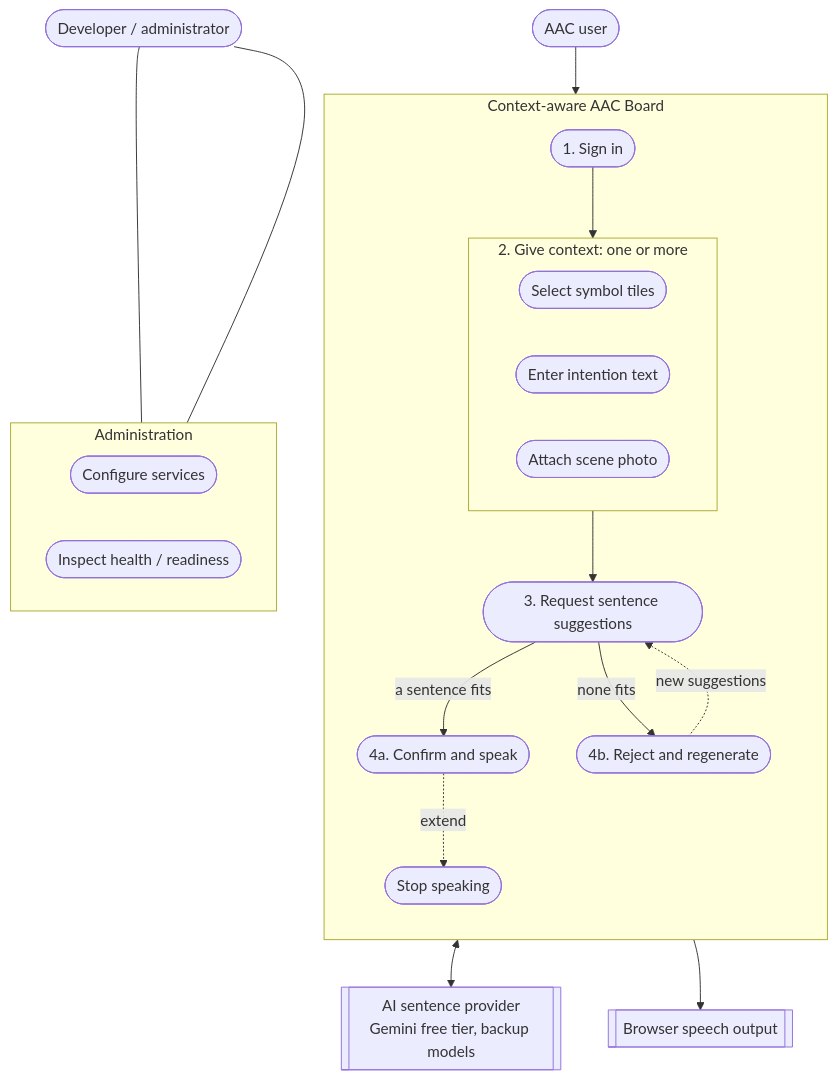
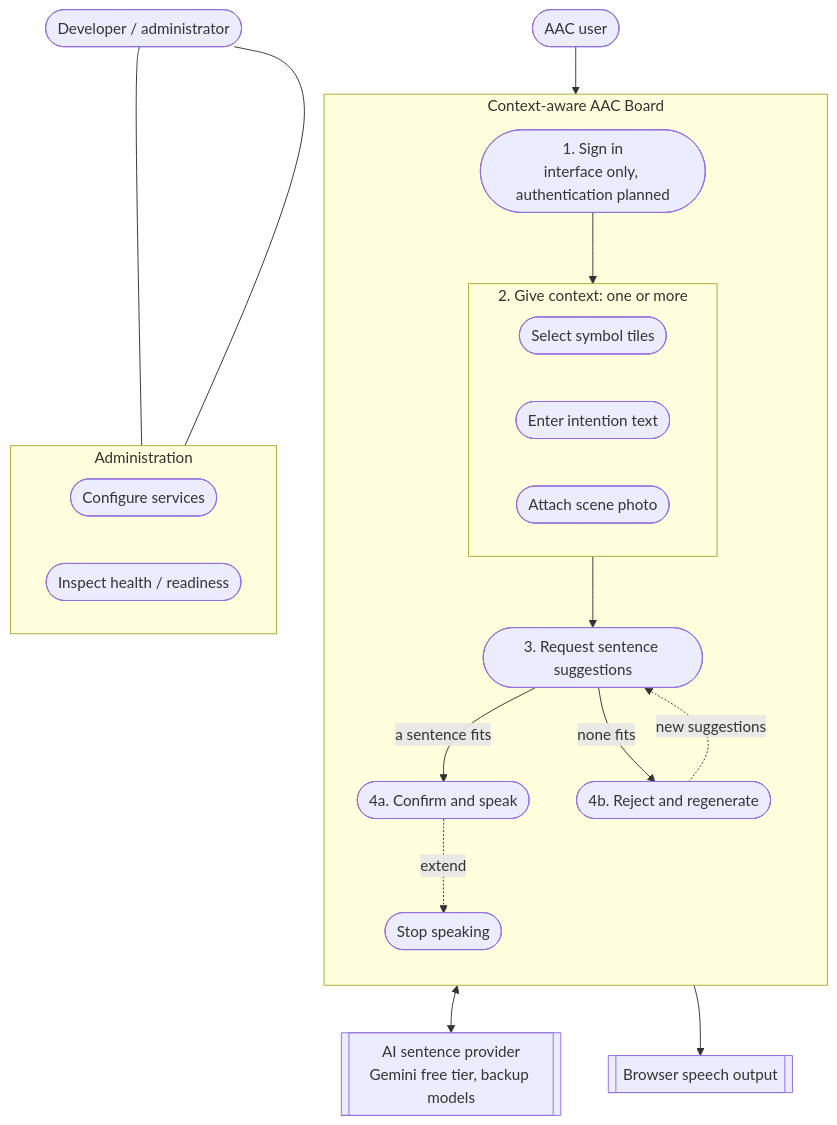
One commit to bhsei/26B changed the second of 5 diagrams in docs/requirements/SRS.md. Above: the diagram before and after it, drawn with Mermaid. The commit also changed other lines of this file, not shown here.

````diff
--- a/docs/requirements/SRS.md
+++ b/docs/requirements/SRS.md
@@ -220,40 +303,40 @@
 ```mermaid
 flowchart TB
     USER([AAC user])
     AI[[AI sentence provider<br/>Gemini free tier, backup models]]
     TTS[[Browser speech output]]
 
     subgraph SYS["Context-aware AAC Board"]
         direction TB
-        UC1([1. Sign in])
+        UC1([1. Sign in<br/>interface only, authentication planned])
         subgraph CTX["2. Give context: one or more"]
             direction LR
             UC2([Select symbol tiles])
             UC3([Enter intention text])
             UC4([Attach scene photo])
         end
         UC5([3. Request sentence suggestions])
         UC6([4a. Confirm and speak])
         UC7([4b. Reject and regenerate])
         UC8([Stop speaking])
         UC1 --> CTX
         CTX --> UC5
         UC5 -- "a sentence fits" --> UC6
         UC5 -- "none fits" --> UC7
         UC7 -. "new suggestions" .-> UC5
         UC6 -. "extend" .-> UC8
     end
 
     subgraph ADM["Administration"]
         direction LR
         UC9([Configure services])
         UC10([Inspect health / readiness])
     end
 
     DEV([Developer / administrator])
     USER --> UC1
     UC5 <--> AI
     UC6 --> TTS
     DEV --- UC9
     DEV --- UC10
 ```
````
